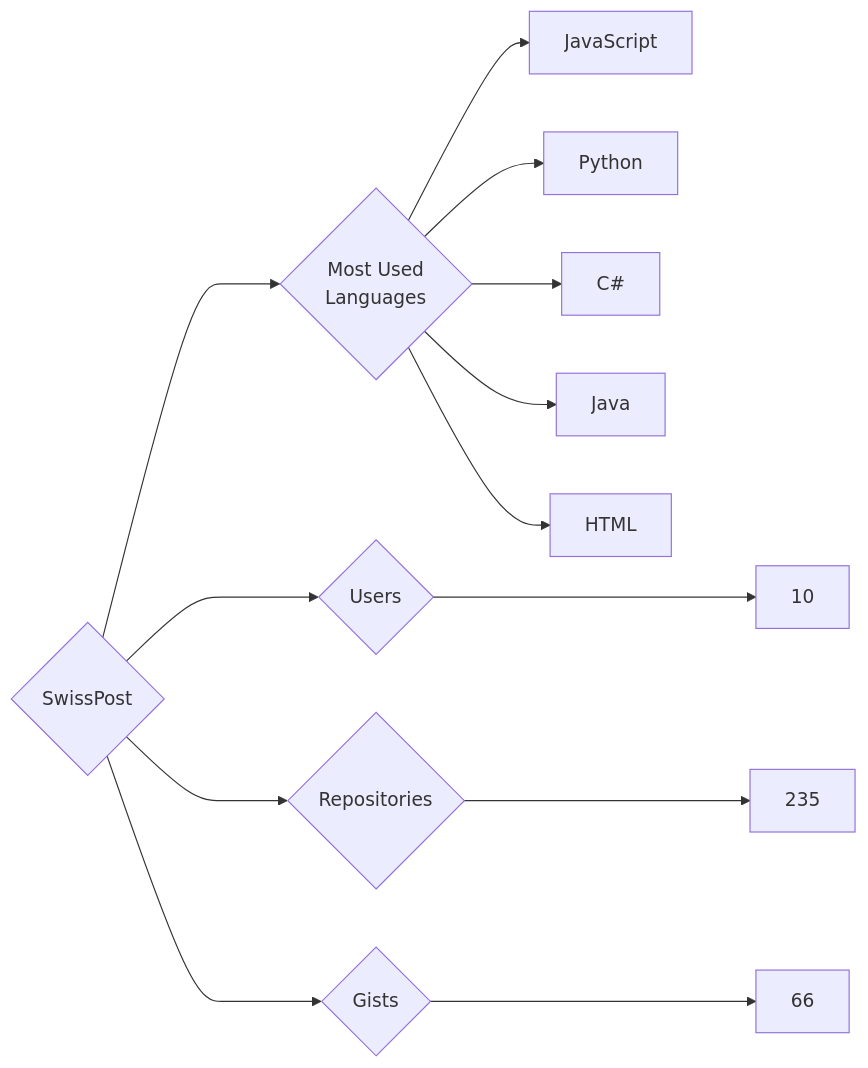
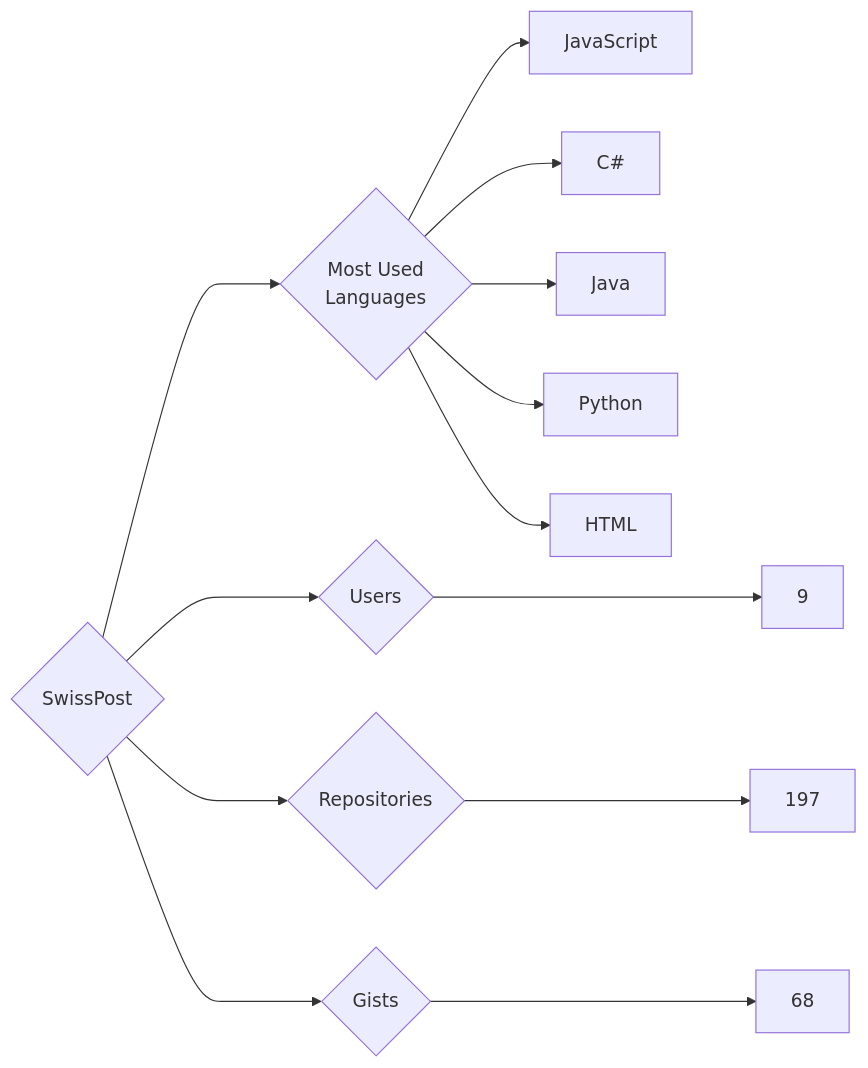
One commit to trickest/insiders changed the diagram in targets/SwissPost/README.md. Above: the diagram before and after it, drawn with Mermaid. The commit also changed 860 other files, not shown here.

````diff
--- a/targets/SwissPost/README.md
+++ b/targets/SwissPost/README.md
@@ -3,13 +3,13 @@
 ```mermaid
 graph LR
 COMPANY_NAME{SwissPost}
-COMPANY_NAME ---> U{Users} ---> UN[10]
-COMPANY_NAME ---> R{Repositories} ---> RN[235]
-COMPANY_NAME ---> G{Gists} ---> GN[66]
+COMPANY_NAME ---> U{Users} ---> UN[9]
+COMPANY_NAME ---> R{Repositories} ---> RN[197]
+COMPANY_NAME ---> G{Gists} ---> GN[68]
 COMPANY_NAME ---> ML{Most Used<br>Languages}
 ML --> JavaScript[JavaScript]
-ML --> Python[Python]
 ML --> C#[C#]
 ML --> Java[Java]
+ML --> Python[Python]
 ML --> HTML[HTML]
 ```
````
